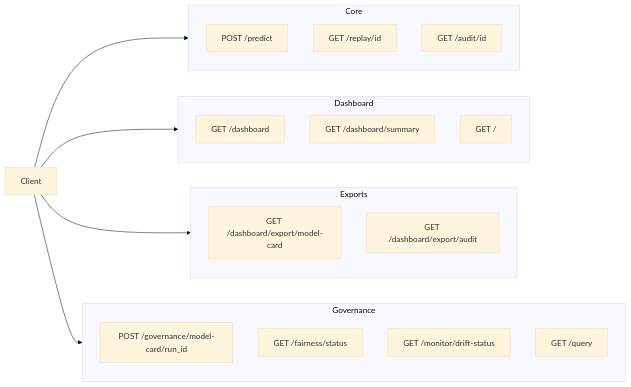
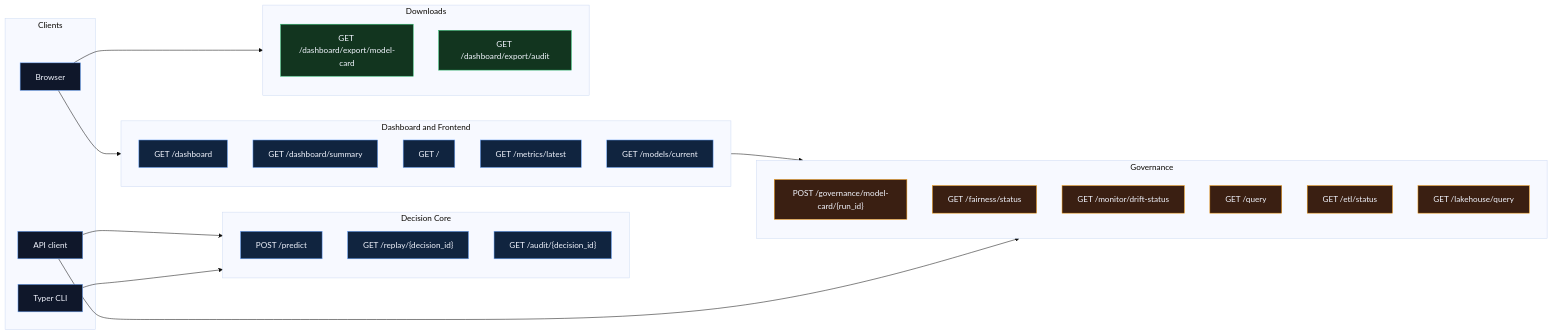
One commit to AngelP17/Rift changed the second of 2 diagrams in docs/architecture.md. Above: the diagram before and after it, drawn with Mermaid (base theme). The commit also changed other lines of this file and 8 other files, not shown here.

````diff
--- a/docs/architecture.md
+++ b/docs/architecture.md
@@ -135,28 +150,52 @@
 ```mermaid
 flowchart LR
-    subgraph core ["Core"]
-        P[POST /predict]
-        R[GET /replay/id]
-        A[GET /audit/id]
-    end
-    subgraph dash ["Dashboard"]
-        D[GET /dashboard]
-        DS[GET /dashboard/summary]
-        DL[GET /]
-    end
-    subgraph export ["Exports"]
-        EMC[GET /dashboard/export/model-card]
-        EA[GET /dashboard/export/audit]
-    end
-    subgraph gov ["Governance"]
-        MC[POST /governance/model-card/run_id]
-        F[GET /fairness/status]
-        DR[GET /monitor/drift-status]
-        Q[GET /query]
+    subgraph client ["Clients"]
+        CLI["Typer CLI"]
+        WEB["Browser"]
+        API_CLIENT["API client"]
     end
 
-    CLIENT[Client] --> core
-    CLIENT --> dash
-    CLIENT --> export
-    CLIENT --> gov
+    subgraph core ["Decision Core"]
+        P["POST /predict"]
+        R["GET /replay/{decision_id}"]
+        A["GET /audit/{decision_id}"]
+    end
+
+    subgraph dash ["Dashboard and Frontend"]
+        D["GET /dashboard"]
+        DS["GET /dashboard/summary"]
+        DL["GET /"]
+        MET["GET /metrics/latest"]
+        CUR["GET /models/current"]
+    end
+
+    subgraph export ["Downloads"]
+        EMC["GET /dashboard/export/model-card"]
+        EA["GET /dashboard/export/audit"]
+    end
+
+    subgraph gov ["Governance"]
+        MC["POST /governance/model-card/{run_id}"]
+        F["GET /fairness/status"]
+        DR["GET /monitor/drift-status"]
+        Q["GET /query"]
+        ETL["GET /etl/status"]
+        LAKE["GET /lakehouse/query"]
+    end
+
+    CLI --> core
+    WEB --> dash
+    WEB --> export
+    API_CLIENT --> core
+    API_CLIENT --> gov
+    dash --> gov
+
+    classDef client fill:#0f172a,stroke:#6ea8fe,color:#f3f6ff
+    classDef endpoint fill:#10243f,stroke:#6ea8fe,color:#f3f6ff
+    classDef governance fill:#3a1f12,stroke:#f39c12,color:#f3f6ff
+    classDef output fill:#12351f,stroke:#2fbf71,color:#f3f6ff
+    class CLI,WEB,API_CLIENT client
+    class P,R,A,D,DS,DL,MET,CUR endpoint
+    class MC,F,DR,Q,ETL,LAKE governance
+    class EMC,EA output
 ```
````
